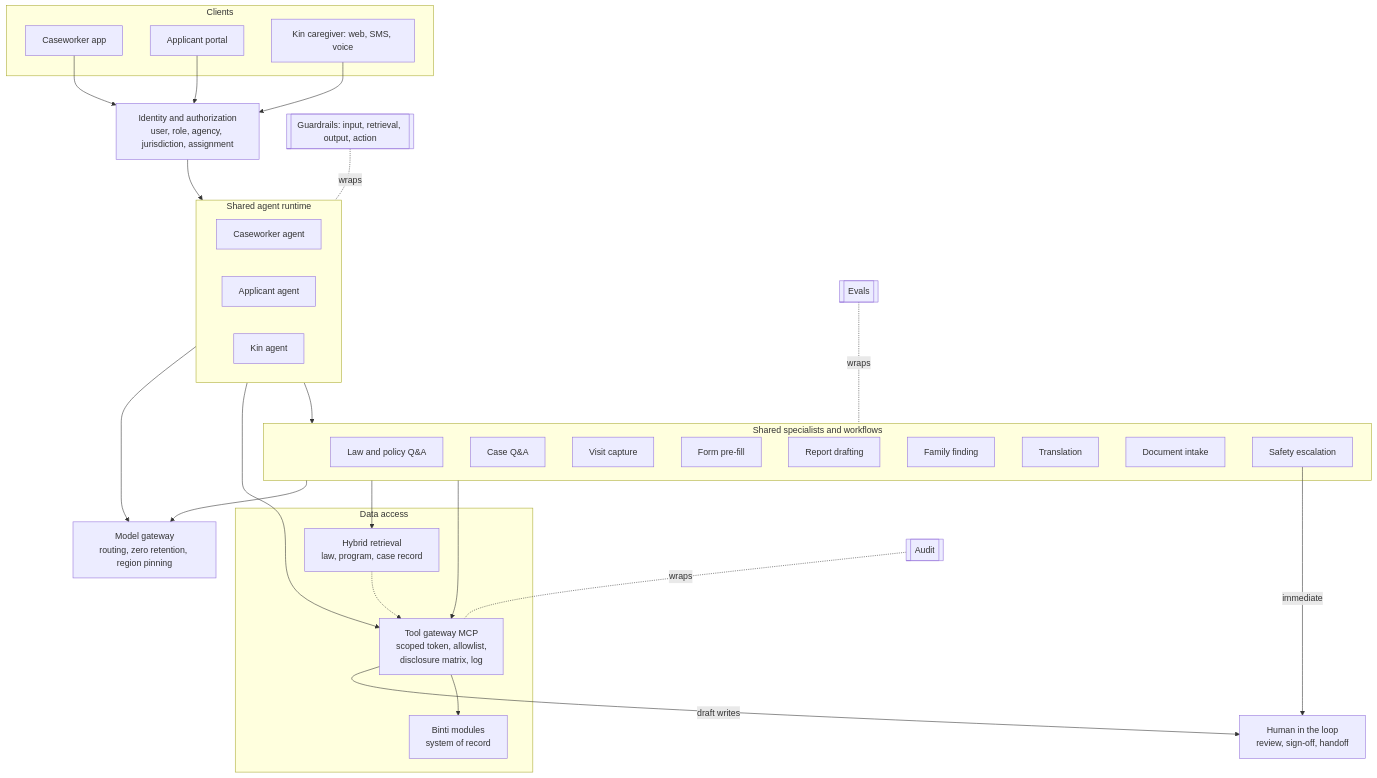
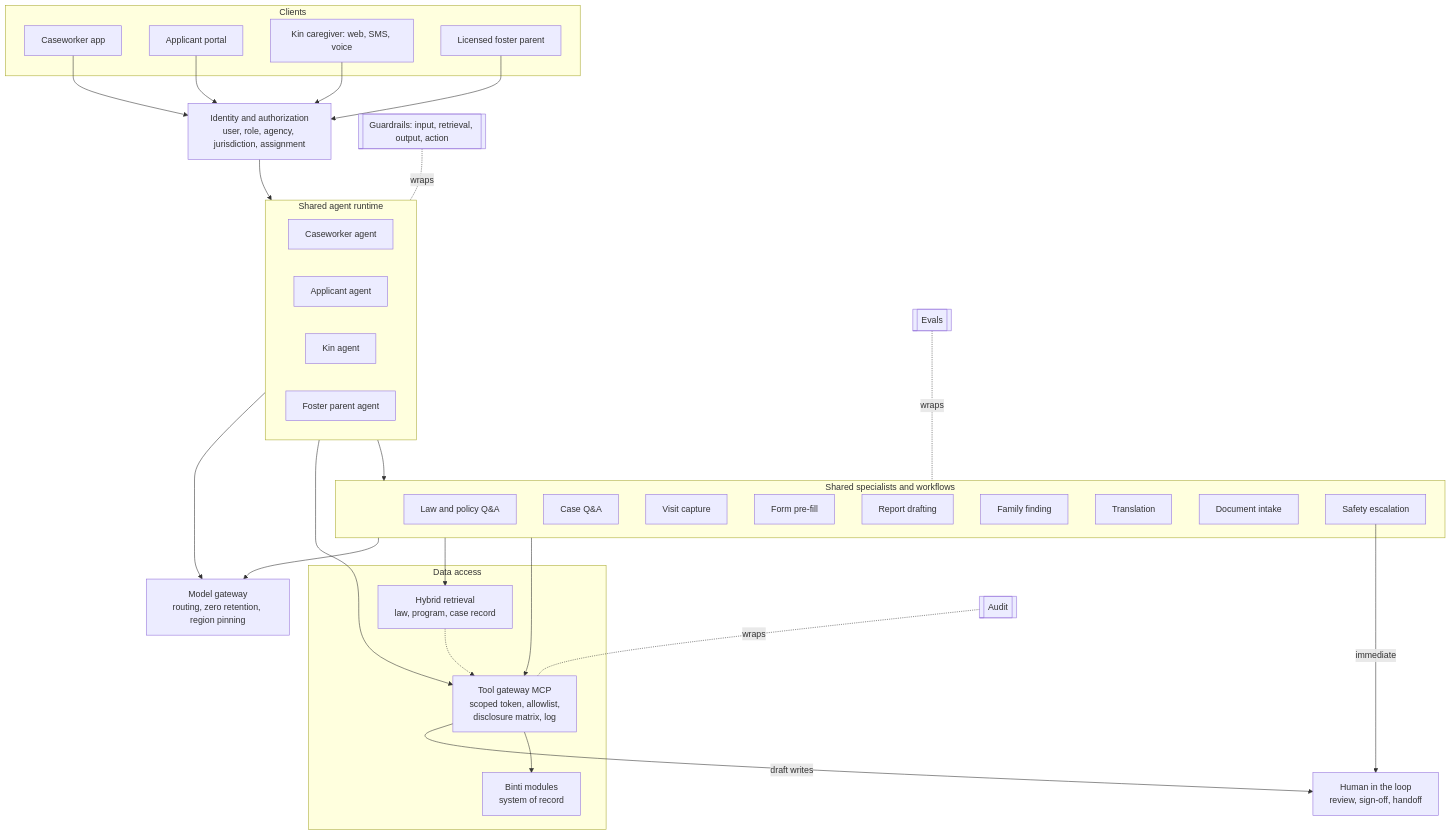
Before and after one commit to bharath0690/child-welfare-agency: the diagram in docs/ai-architecture.md, drawn with Mermaid. The commit also changed other lines of this file and 22 other files, not shown here.

````diff
--- a/docs/ai-architecture.md
+++ b/docs/ai-architecture.md
@@ -139,53 +160,56 @@
 ```mermaid
 flowchart TB
     subgraph Clients
         CW[Caseworker app]
         AP[Applicant portal]
         KN[Kin caregiver: web, SMS, voice]
+        FP[Licensed foster parent]
     end
     ID[Identity and authorization<br/>user, role, agency, jurisdiction, assignment]
     subgraph Runtime[Shared agent runtime]
         direction LR
         A1[Caseworker agent]
         A2[Applicant agent]
         A3[Kin agent]
+        A4[Foster parent agent]
     end
     subgraph Specialists[Shared specialists and workflows]
         S1[Law and policy Q&A]
         S2[Case Q&A]
         S3[Visit capture]
         S4[Form pre-fill]
         S5[Report drafting]
         S6[Family finding]
         S7[Translation]
         S8[Document intake]
         S9[Safety escalation]
     end
     subgraph Data[Data access]
         GW[Tool gateway MCP<br/>scoped token, allowlist,<br/>disclosure matrix, log]
         RAG[Hybrid retrieval<br/>law, program, case record]
         MOD[Binti modules<br/>system of record]
     end
     MG[Model gateway<br/>routing, zero retention, region pinning]
     HITL[Human in the loop<br/>review, sign-off, handoff]
     CW --> ID
     AP --> ID
     KN --> ID
+    FP --> ID
     ID --> Runtime
     Runtime --> Specialists
     Runtime --> GW
     Specialists --> GW
     Specialists --> RAG
     GW --> MOD
     RAG -.-> GW
     Runtime --> MG
     Specialists --> MG
     GW -->|draft writes| HITL
     S9 -->|immediate| HITL
     GR[[Guardrails: input, retrieval, output, action]]
     AU[[Audit]]
     EV[[Evals]]
     GR -.wraps.- Runtime
     AU -.wraps.- GW
     EV -.wraps.- Specialists
 ```
````
